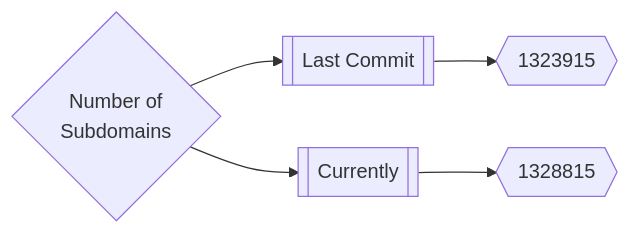
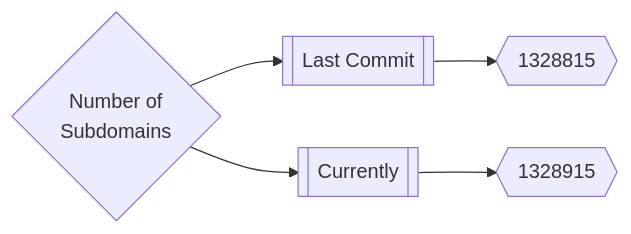
The first of 3 diagrams in README.md (trickest/inventory), drawn with Mermaid before and after one commit. The commit also changed other lines of this file, not shown here.

Commit message:
Update Wed Apr  6 01:11:52 UTC 2022

````diff
--- a/README.md
+++ b/README.md
@@ -165,5 +165,5 @@
 ```mermaid
 graph LR
-title{Number of<br>Subdomains} --> subdomainsDate1[[Last Commit]] --> subdomainsNum1{{1323915}}
-title --> subdomainsDate2[[Currently]] --> subdomainsNum2{{1328815}}
+title{Number of<br>Subdomains} --> subdomainsDate1[[Last Commit]] --> subdomainsNum1{{1328815}}
+title --> subdomainsDate2[[Currently]] --> subdomainsNum2{{1328915}}
 ```
````
